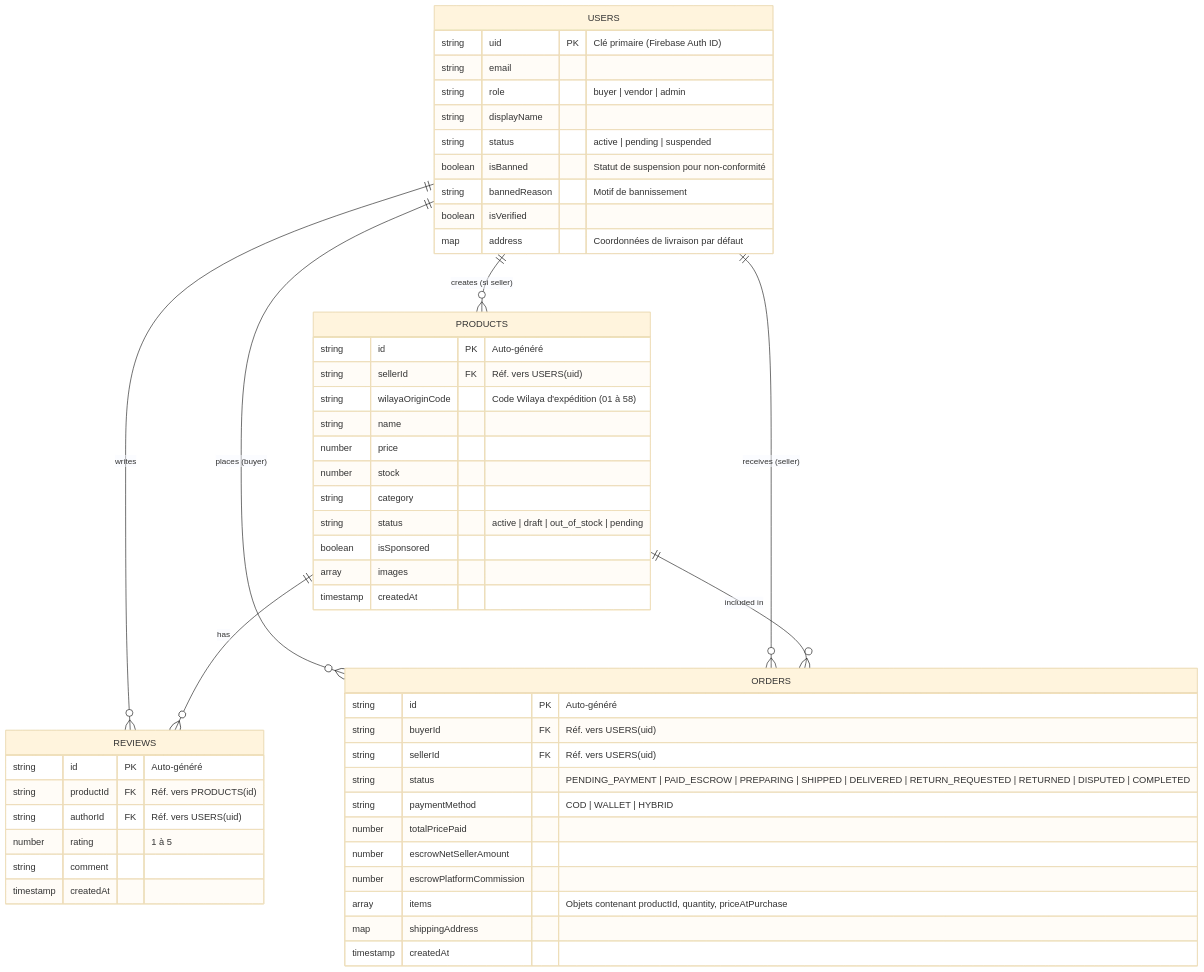
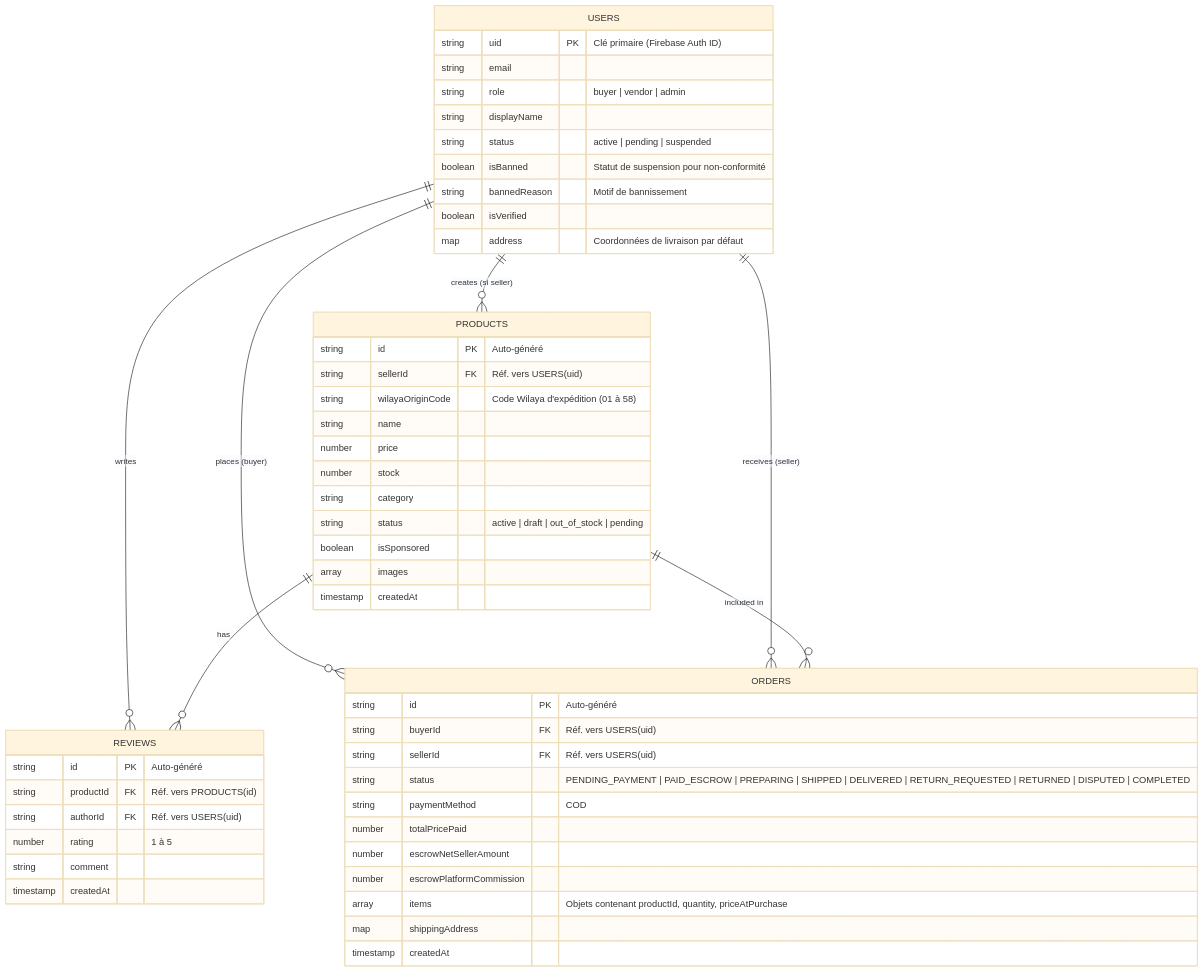
One commit to Laifa-ait/Laifa-ait changed the diagram in docs/architecture/05-schema-bdd-nosql.md. Above: the diagram before and after it, drawn with Mermaid (base theme). The commit also changed 206 other files, not shown here.

````diff
--- a/docs/architecture/05-schema-bdd-nosql.md
+++ b/docs/architecture/05-schema-bdd-nosql.md
@@ -9,58 +9,58 @@
 ```mermaid
 erDiagram
     USERS ||--o{ PRODUCTS : "creates (si seller)"
     USERS ||--o{ ORDERS : "places (buyer)"
     USERS ||--o{ ORDERS : "receives (seller)"
     USERS ||--o{ REVIEWS : "writes"
     PRODUCTS ||--o{ REVIEWS : "has"
     PRODUCTS ||--o{ ORDERS : "included in"
 
     USERS {
         string uid PK "Clé primaire (Firebase Auth ID)"
         string email
         string role "buyer | vendor | admin"
         string displayName
         string status "active | pending | suspended"
         boolean isBanned "Statut de suspension pour non-conformité"
         string bannedReason "Motif de bannissement"
         boolean isVerified
         map address "Coordonnées de livraison par défaut"
     }
 
     PRODUCTS {
         string id PK "Auto-généré"
         string sellerId FK "Réf. vers USERS(uid)"
         string wilayaOriginCode "Code Wilaya d'expédition (01 à 58)"
         string name
         number price
         number stock
         string category
         string status "active | draft | out_of_stock | pending"
         boolean isSponsored
         array images
         timestamp createdAt
     }
 
     ORDERS {
         string id PK "Auto-généré"
         string buyerId FK "Réf. vers USERS(uid)"
         string sellerId FK "Réf. vers USERS(uid)"
         string status "PENDING_PAYMENT | PAID_ESCROW | PREPARING | SHIPPED | DELIVERED | RETURN_REQUESTED | RETURNED | DISPUTED | COMPLETED"
-        string paymentMethod "COD | WALLET | HYBRID"
+        string paymentMethod "COD"
         number totalPricePaid
         number escrowNetSellerAmount
         number escrowPlatformCommission
         array items "Objets contenant productId, quantity, priceAtPurchase"
         map shippingAddress
         timestamp createdAt
     }
 
     REVIEWS {
         string id PK "Auto-généré"
         string productId FK "Réf. vers PRODUCTS(id)"
         string authorId FK "Réf. vers USERS(uid)"
         number rating "1 à 5"
         string comment
         timestamp createdAt
     }
 ```
````
